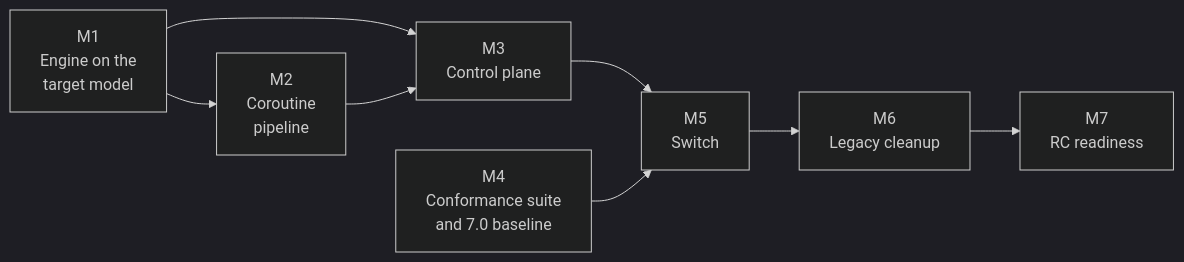
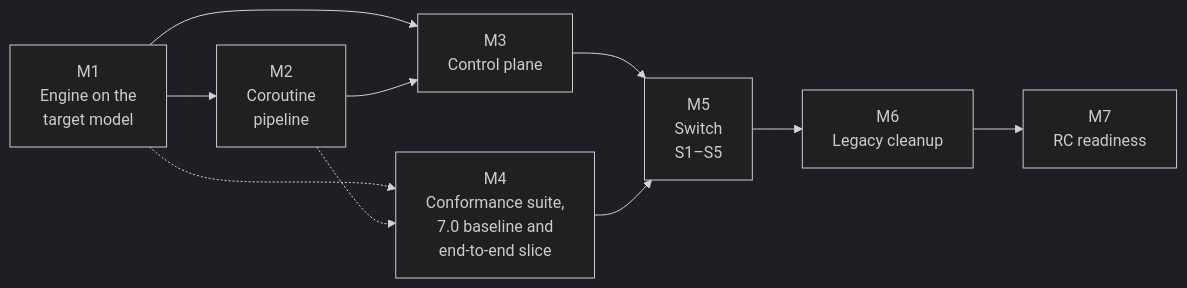
The diagram in wiki/guide/roadmap.md (Ahoo-Wang/CoSec), drawn with Mermaid (dark theme) before and after one commit. The commit also changed other lines of this file and 4 other files, not shown here.

First line of the commit message:
docs(rfc): split the switch, add an end-to-end slice and RC criteria (RFC 0008 amendment)

````diff
--- a/wiki/guide/roadmap.md
+++ b/wiki/guide/roadmap.md
@@ -47,10 +48,12 @@
 ```mermaid
 flowchart LR
   M1["M1<br>Engine on the<br>target model"] --> M2["M2<br>Coroutine<br>pipeline"]
   M1 --> M3["M3<br>Control plane"]
   M2 --> M3
-  M3 --> M5["M5<br>Switch"]
-  M4["M4<br>Conformance suite<br>and 7.0 baseline"] --> M5
+  M3 --> M5["M5<br>Switch<br>S1–S5"]
+  M4["M4<br>Conformance suite,<br>7.0 baseline and<br>end-to-end slice"] --> M5
+  M1 -.-> M4
+  M2 -.-> M4
   M5 --> M6["M6<br>Legacy cleanup"]
   M6 --> M7["M7<br>RC readiness"]
 ```
````
